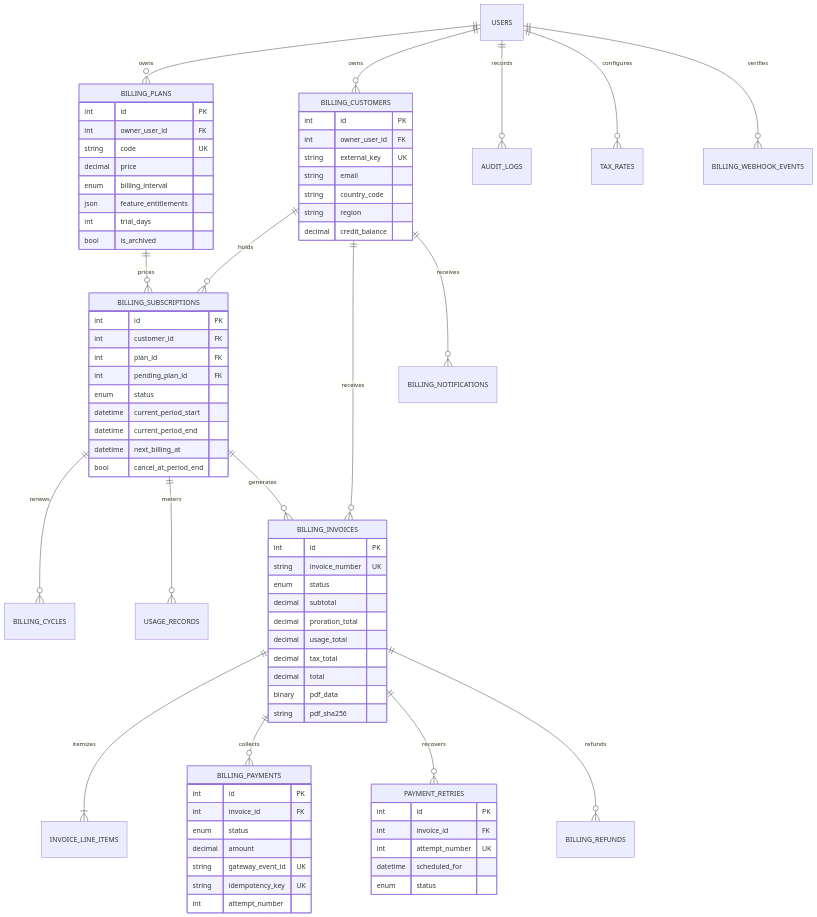
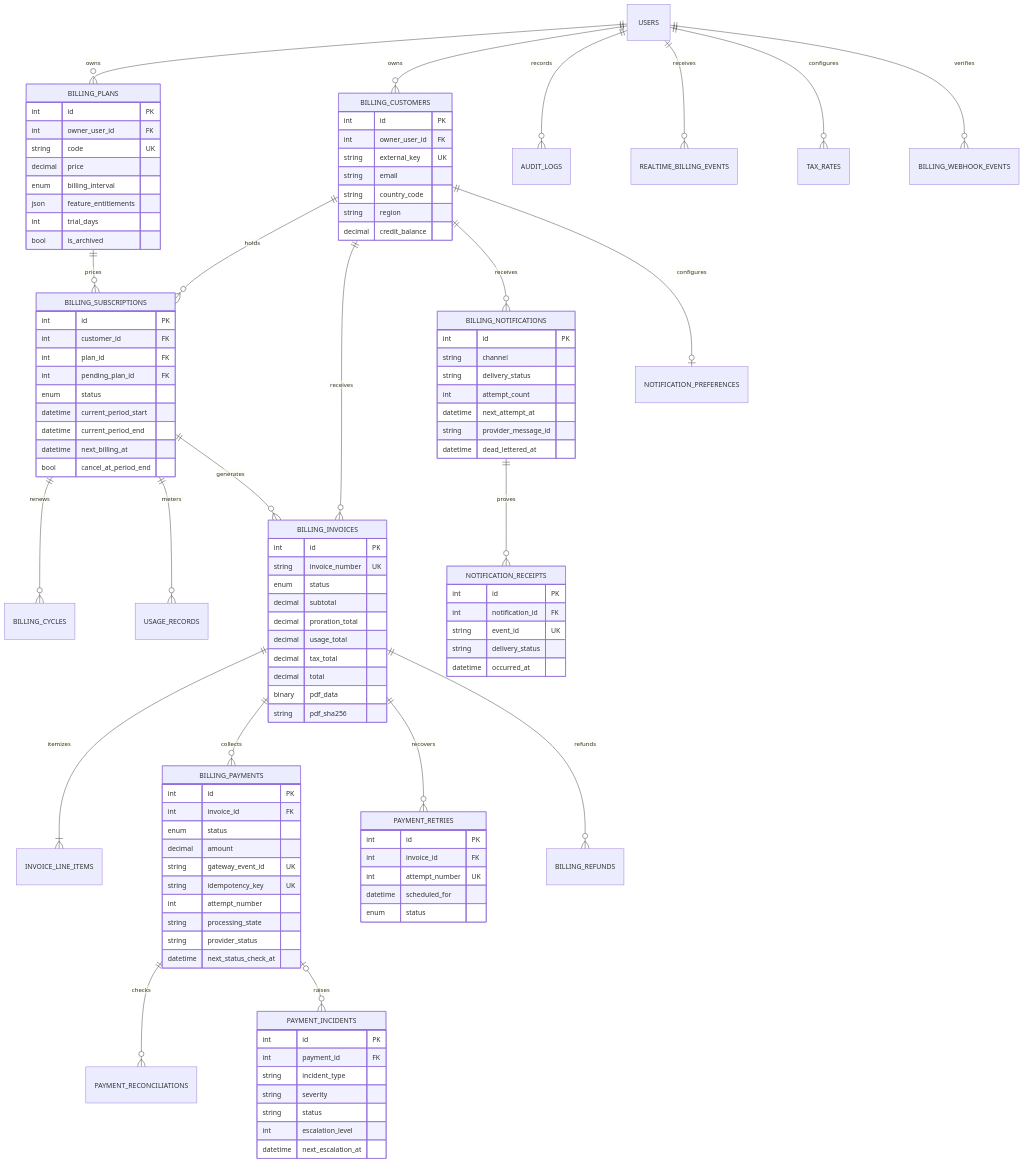
The first of 2 diagrams in docs/ERD.md (Yashovardhan47/AI_finance_manage_system_AI), drawn with Mermaid before and after one commit. The commit also changed 34 other files, not shown here.

Commit message:
Add real-time payment incident engine

````diff
--- a/docs/ERD.md
+++ b/docs/ERD.md
@@ -18,6 +18,11 @@
     BILLING_INVOICES ||--o{ PAYMENT_RETRIES : recovers
     BILLING_INVOICES ||--o{ BILLING_REFUNDS : refunds
     BILLING_CUSTOMERS ||--o{ BILLING_NOTIFICATIONS : receives
+    BILLING_CUSTOMERS ||--o| NOTIFICATION_PREFERENCES : configures
+    BILLING_NOTIFICATIONS ||--o{ NOTIFICATION_RECEIPTS : proves
+    BILLING_PAYMENTS ||--o{ PAYMENT_RECONCILIATIONS : checks
+    BILLING_PAYMENTS o|--o{ PAYMENT_INCIDENTS : raises
+    USERS ||--o{ REALTIME_BILLING_EVENTS : receives
     USERS ||--o{ TAX_RATES : configures
     USERS ||--o{ BILLING_WEBHOOK_EVENTS : verifies
 
@@ -71,6 +76,9 @@
         string gateway_event_id UK
         string idempotency_key UK
         int attempt_number
+        string processing_state
+        string provider_status
+        datetime next_status_check_at
     }
     PAYMENT_RETRIES {
         int id PK
@@ -79,4 +87,29 @@
         datetime scheduled_for
         enum status
     }
+    BILLING_NOTIFICATIONS {
+        int id PK
+        string channel
+        string delivery_status
+        int attempt_count
+        datetime next_attempt_at
+        string provider_message_id
+        datetime dead_lettered_at
+    }
+    PAYMENT_INCIDENTS {
+        int id PK
+        int payment_id FK
+        string incident_type
+        string severity
+        string status
+        int escalation_level
+        datetime next_escalation_at
+    }
+    NOTIFICATION_RECEIPTS {
+        int id PK
+        int notification_id FK
+        string event_id UK
+        string delivery_status
+        datetime occurred_at
+    }
 ```
````
